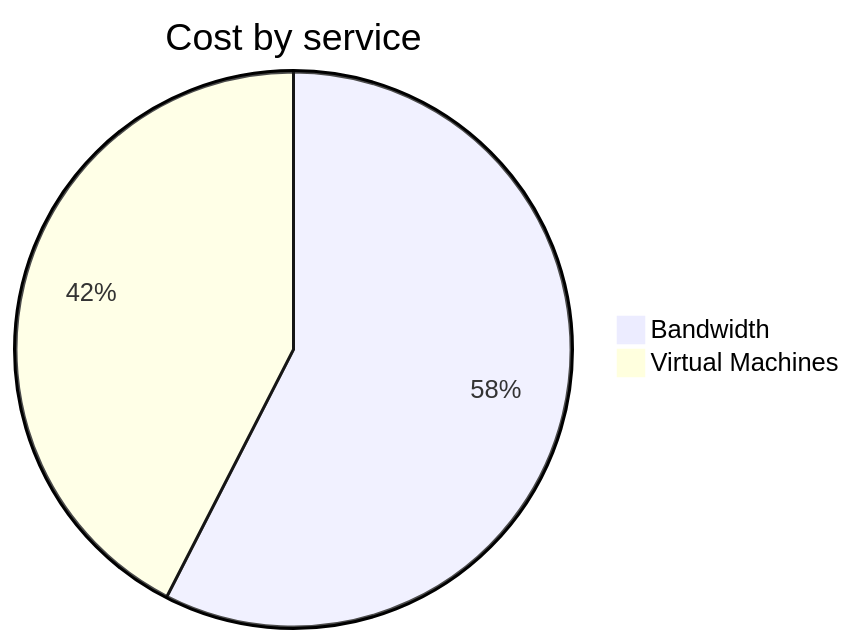
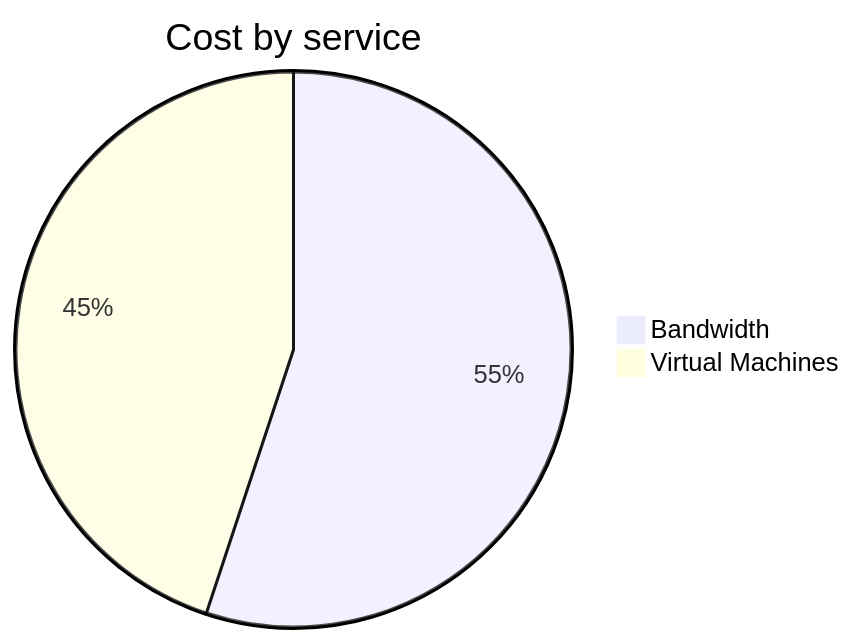
One commit to jpfulton/azure-personal-reports changed the second of 4 diagrams in cost-reports/personal-network/vpn-server.md. Above: the diagram before and after it, drawn with Mermaid. The commit also changed other lines of this file and 8 other files, not shown here.

````diff
--- a/cost-reports/personal-network/vpn-server.md
+++ b/cost-reports/personal-network/vpn-server.md
@@ -96,6 +96,6 @@
 ```mermaid
 pie
    title Cost by service
    "Bandwidth" : 2.71
-   "Virtual Machines" : 2.00
+   "Virtual Machines" : 2.21
 ```
````
